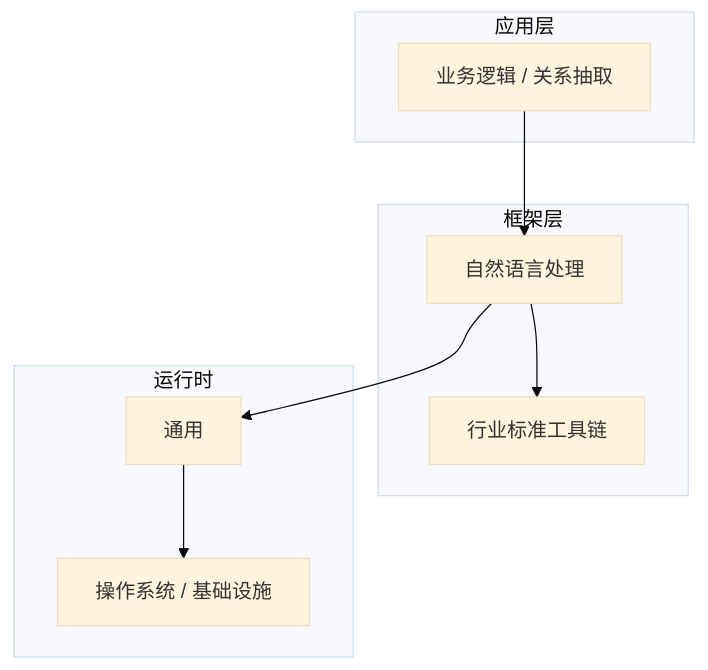
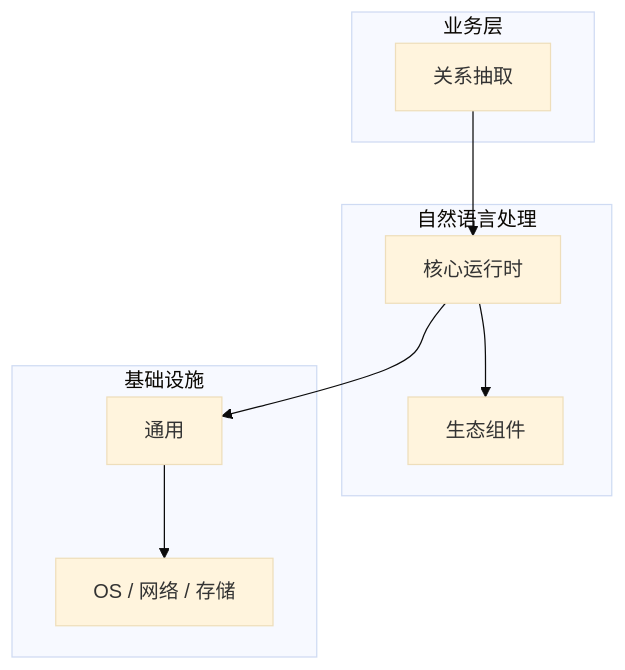
Before and after one commit to yanggan2015/knowledge-json-v2: the diagram in articles/自然语言处理/chapters/061-关系抽取核心概念与原理.md, drawn with Mermaid (base theme). The commit also changed other lines of this file and 10127 other files, not shown here.

````diff
--- a/articles/自然语言处理/chapters/061-关系抽取核心概念与原理.md
+++ b/articles/自然语言处理/chapters/061-关系抽取核心概念与原理.md
@@ -45,18 +30,18 @@
 ```mermaid
 graph TB
-    subgraph 应用层
-        A[业务逻辑 / 关系抽取]
+    subgraph 业务层
+        A[关系抽取]
     end
-    subgraph 框架层
-        B[自然语言处理]
-        C[行业标准工具链]
+    subgraph 自然语言处理
+        B[核心运行时]
+        C[生态组件]
     end
-    subgraph 运行时
+    subgraph 基础设施
         D[通用]
-        E[操作系统 / 基础设施]
+        E[OS / 网络 / 存储]
     end
     A --> B
     B --> C
     B --> D
     D --> E
 ```
````
